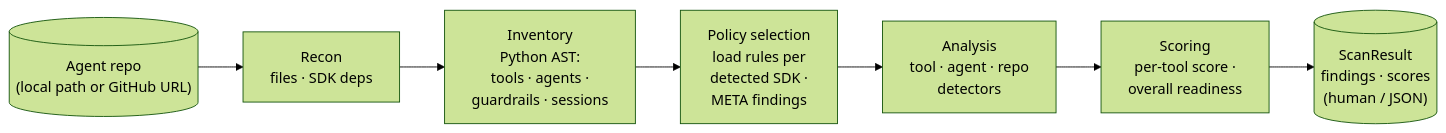
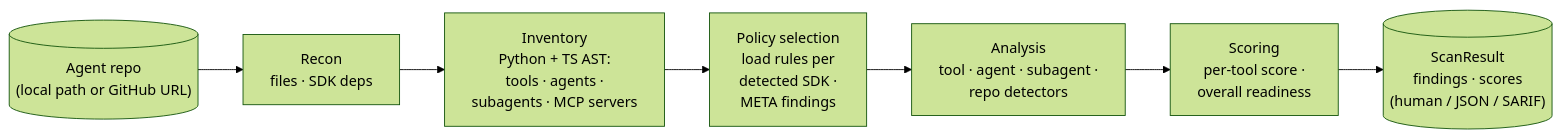
One commit to trustabl/trustabl changed the diagram in README.md. Above: the diagram before and after it, drawn with Mermaid (forest theme). The commit also changed other lines of this file, not shown here.

````diff
--- a/README.md
+++ b/README.md
@@ -77,12 +91,12 @@
 ```mermaid
 flowchart LR
     target[("Agent repo<br/>(local path or GitHub URL)")]
     recon["Recon<br/>files · SDK deps"]
-    inv["Inventory<br/>Python AST:<br/>tools · agents ·<br/>guardrails · sessions"]
+    inv["Inventory<br/>Python + TS AST:<br/>tools · agents ·<br/>subagents · MCP servers"]
     pol["Policy selection<br/>load rules per<br/>detected SDK ·<br/>META findings"]
-    ana["Analysis<br/>tool · agent · repo<br/>detectors"]
+    ana["Analysis<br/>tool · agent · subagent ·<br/>repo detectors"]
     score["Scoring<br/>per-tool score ·<br/>overall readiness"]
-    out[("ScanResult<br/>findings · scores<br/>(human / JSON)")]
+    out[("ScanResult<br/>findings · scores<br/>(human / JSON / SARIF)")]
 
     target --> recon --> inv --> pol --> ana --> score --> out
 ```
````
